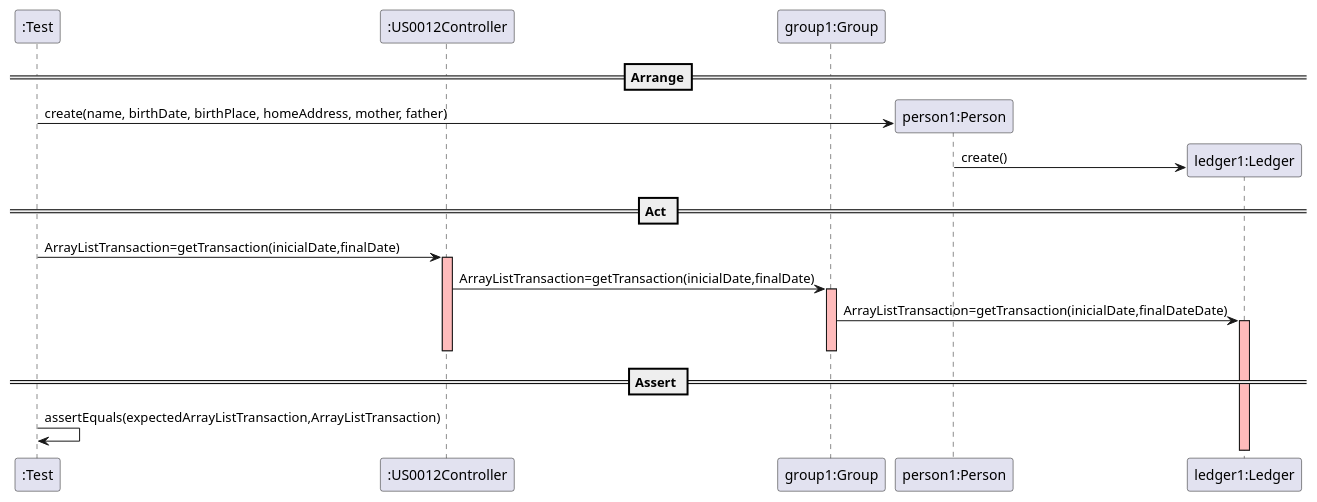
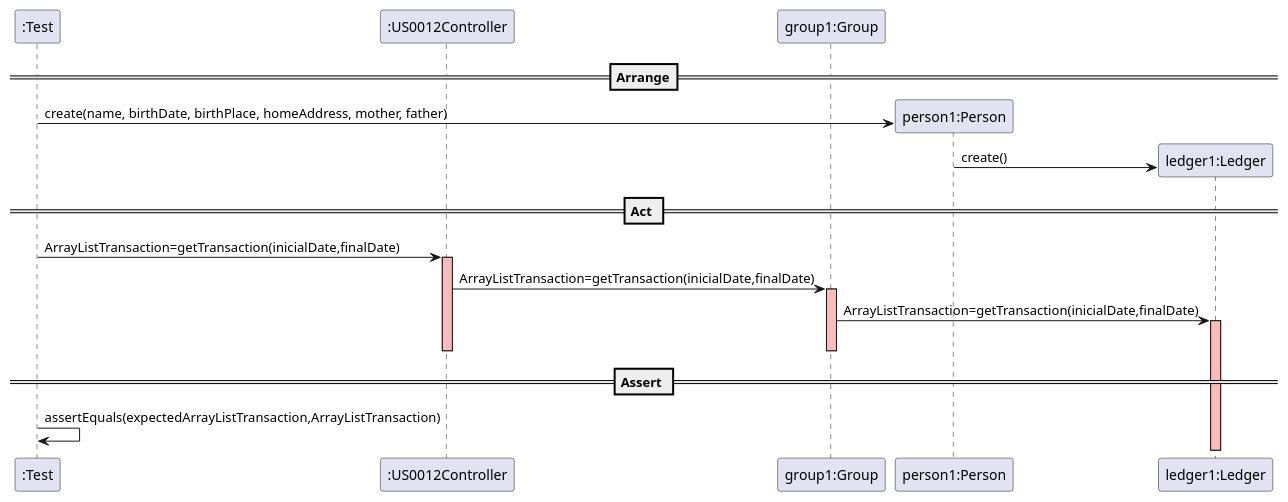
The diagram in docs/SequenceDiagram - US012.puml (mleitaoribeiro/DevOpsMaven), drawn with PlantUML before and after one commit. The commit also changed 5 other files, not shown here.

```diff
--- a/docs/SequenceDiagram - US012.puml
+++ b/docs/SequenceDiagram - US012.puml
@@ -1,35 +1,35 @@
 @startuml
 create ":Test"
 
 ==Arrange==
 create ":US0012Controller"
 create "group1:Group"
 
 
 create "person1:Person"
 ":Test" -> "person1:Person" : create(name, birthDate, birthPlace, homeAddress, mother, father)
 
 create "ledger1:Ledger"
 "person1:Person" -> "ledger1:Ledger" : create()
 
 == Act ==
 
 ":Test" -> ":US0012Controller" : ArrayListTransaction=getTransaction(inicialDate,finalDate)
 activate ":US0012Controller"  #FFBBBB
 
 ":US0012Controller" -> "group1:Group" : ArrayListTransaction=getTransaction(inicialDate,finalDate)
 activate "group1:Group"  #FFBBBB
 
-"group1:Group" -> "ledger1:Ledger" : ArrayListTransaction=getTransaction(inicialDate,finalDateDate)
+"group1:Group" -> "ledger1:Ledger" : ArrayListTransaction=getTransaction(inicialDate,finalDate)
 activate "ledger1:Ledger"  #FFBBBB
 
 
 
 deactivate "group1:Group"  #FFBBBB
 deactivate ":US0012Controller"  #FFBBBB
 
 == Assert ==
 
 ":Test" -> ":Test" : assertEquals(expectedArrayListTransaction,ArrayListTransaction)
 
 @enduml
```
